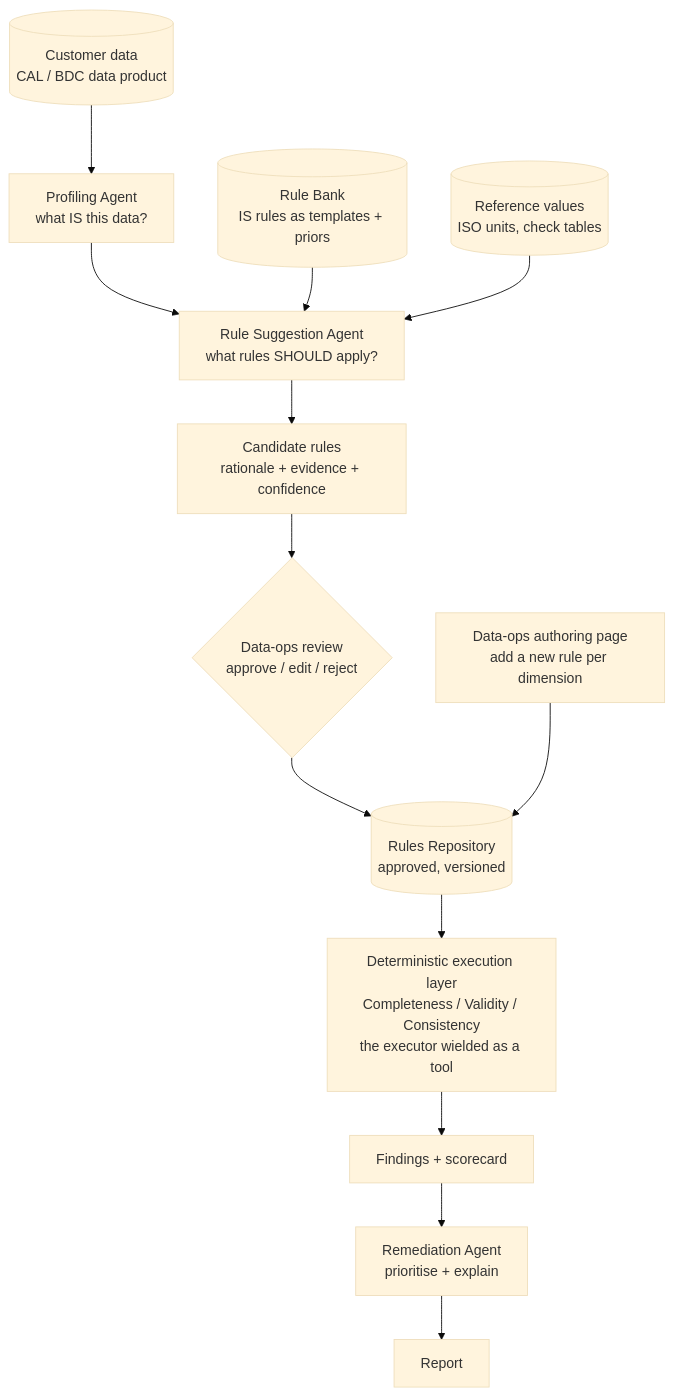
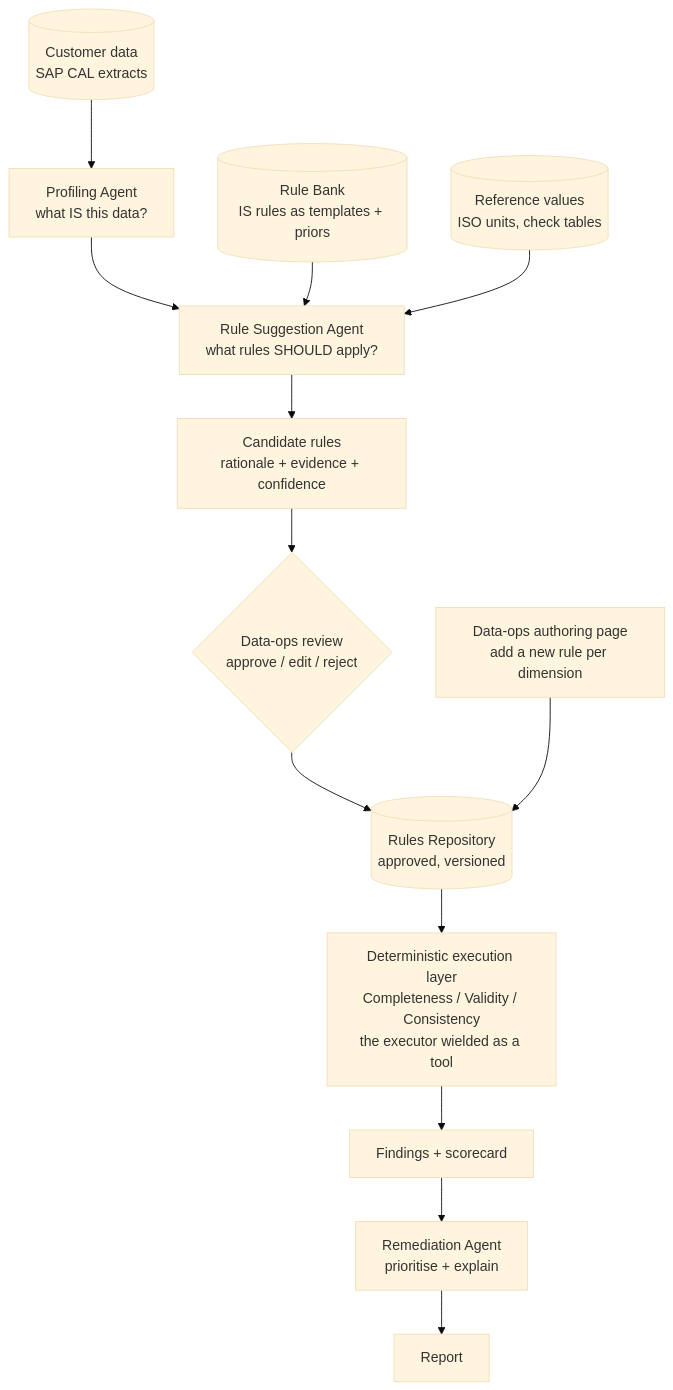
One commit to Lookieman/agentdq changed the first of 6 diagrams in docs/agentdq-project-plan.md. Above: the diagram before and after it, drawn with Mermaid (base theme). The commit also changed other lines of this file and 8 other files, not shown here.

````diff
--- a/docs/agentdq-project-plan.md
+++ b/docs/agentdq-project-plan.md
@@ -114,15 +130,15 @@
 ```mermaid
 graph TD
-    D[(Customer data<br/>CAL / BDC data product)] --> PA[Profiling Agent<br/>what IS this data?]
+    D[(Customer data<br/>SAP CAL extracts)] --> PA[Profiling Agent<br/>what IS this data?]
     PA --> RSA[Rule Suggestion Agent<br/>what rules SHOULD apply?]
     BANK[(Rule Bank<br/>IS rules as templates + priors)] --> RSA
     REF[(Reference values<br/>ISO units, check tables)] --> RSA
     RSA --> PROP[Candidate rules<br/>rationale + evidence + confidence]
     PROP --> GATE{Data-ops review<br/>approve / edit / reject}
     GATE --> REPO[(Rules Repository<br/>approved, versioned)]
     REPO --> EXEC[Deterministic execution layer<br/>Completeness / Validity / Consistency<br/>the executor wielded as a tool]
     EXEC --> FIND[Findings + scorecard]
     FIND --> REM[Remediation Agent<br/>prioritise + explain]
     REM --> RPT[Report]
     ADD[Data-ops authoring page<br/>add a new rule per dimension] --> REPO
 ```
````
